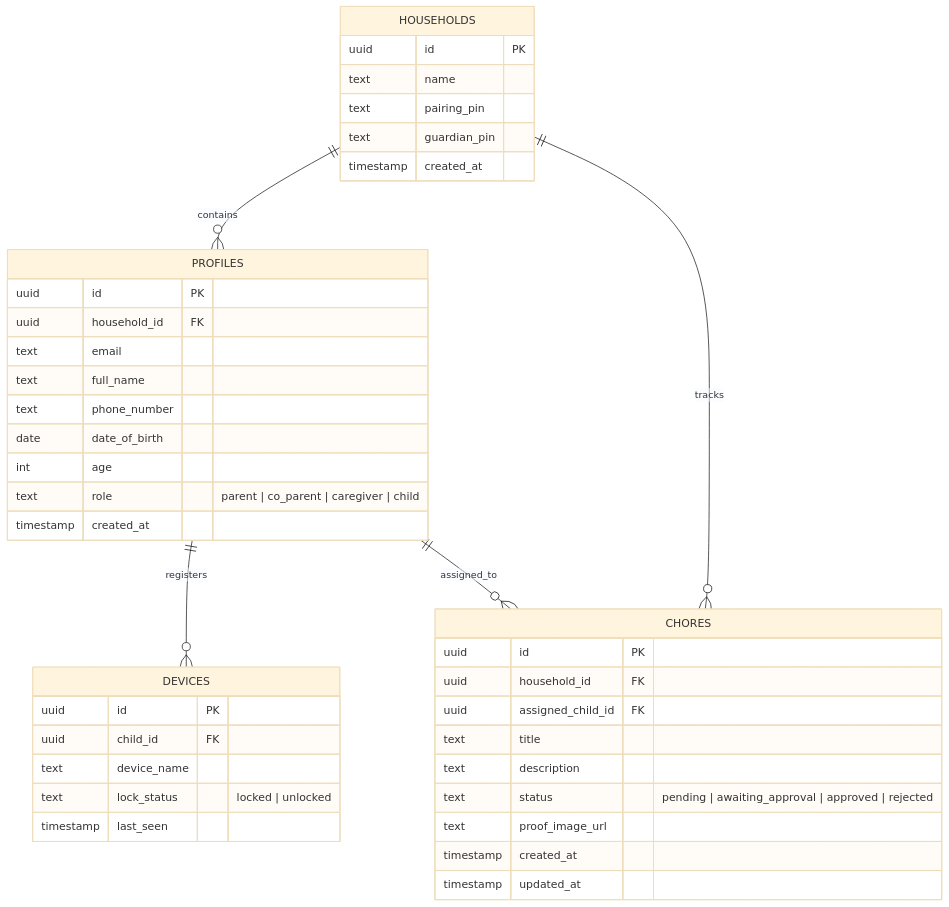
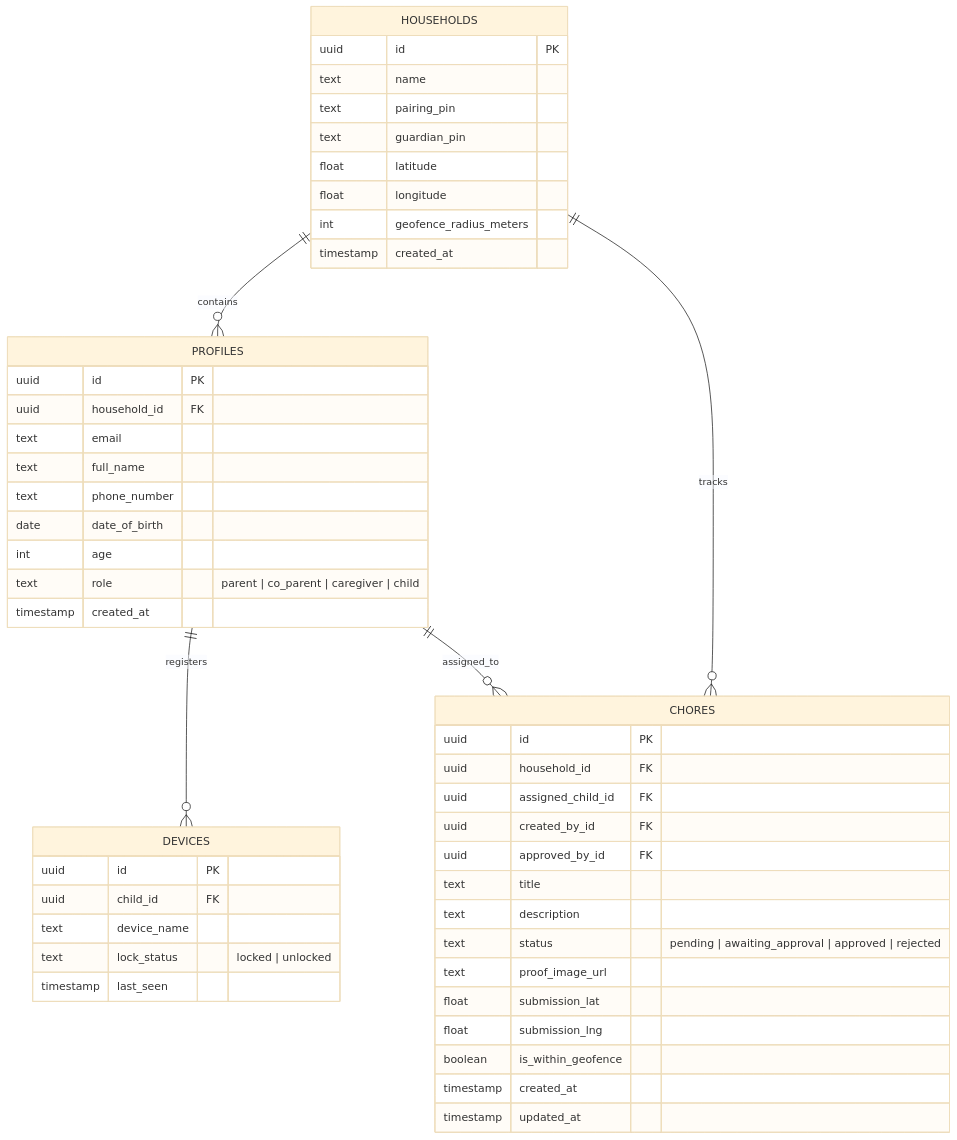
One commit to JohnLloydCanoy/chorpy changed the second of 2 diagrams in README.md. Above: the diagram before and after it, drawn with Mermaid (base theme). The commit also changed other lines of this file, not shown here.

Commit message:
Enhance chore management with concurrency guard, geofence verification, and emergency SOS features for improved safety and collaborative task assignment

````diff
--- a/README.md
+++ b/README.md
@@ -349,47 +358,55 @@
 ```mermaid
 erDiagram
     HOUSEHOLDS ||--o{ PROFILES : contains
     HOUSEHOLDS ||--o{ CHORES : tracks
     PROFILES ||--o{ DEVICES : registers
     PROFILES ||--o{ CHORES : assigned_to
 
     HOUSEHOLDS {
         uuid id PK
         text name
         text pairing_pin
         text guardian_pin
+        float latitude
+        float longitude
+        int geofence_radius_meters
         timestamp created_at
     }
 
     PROFILES {
         uuid id PK
         uuid household_id FK
         text email
         text full_name
         text phone_number
         date date_of_birth
         int age
         text role "parent | co_parent | caregiver | child"
         timestamp created_at
     }
 
     DEVICES {
         uuid id PK
         uuid child_id FK
         text device_name
         text lock_status "locked | unlocked"
         timestamp last_seen
     }
 
     CHORES {
         uuid id PK
         uuid household_id FK
         uuid assigned_child_id FK
+        uuid created_by_id FK
+        uuid approved_by_id FK
         text title
         text description
         text status "pending | awaiting_approval | approved | rejected"
         text proof_image_url
+        float submission_lat
+        float submission_lng
+        boolean is_within_geofence
         timestamp created_at
         timestamp updated_at
     }
 ```
````
